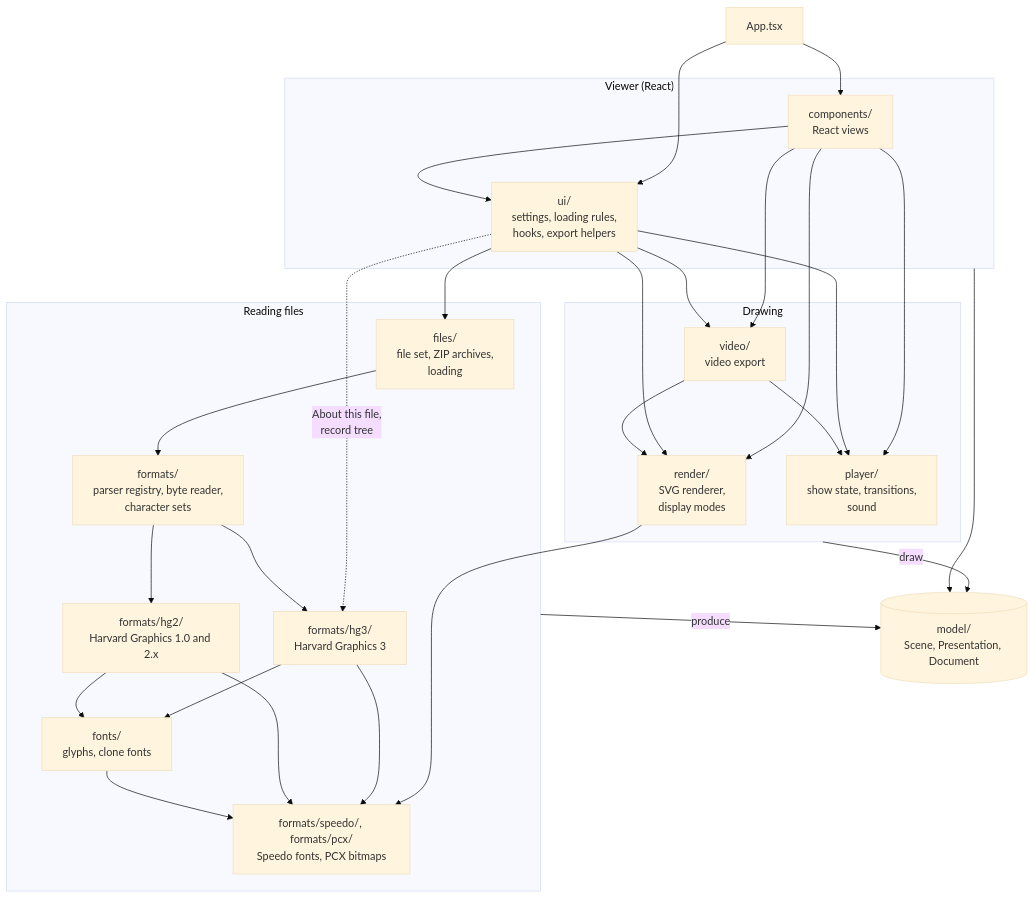
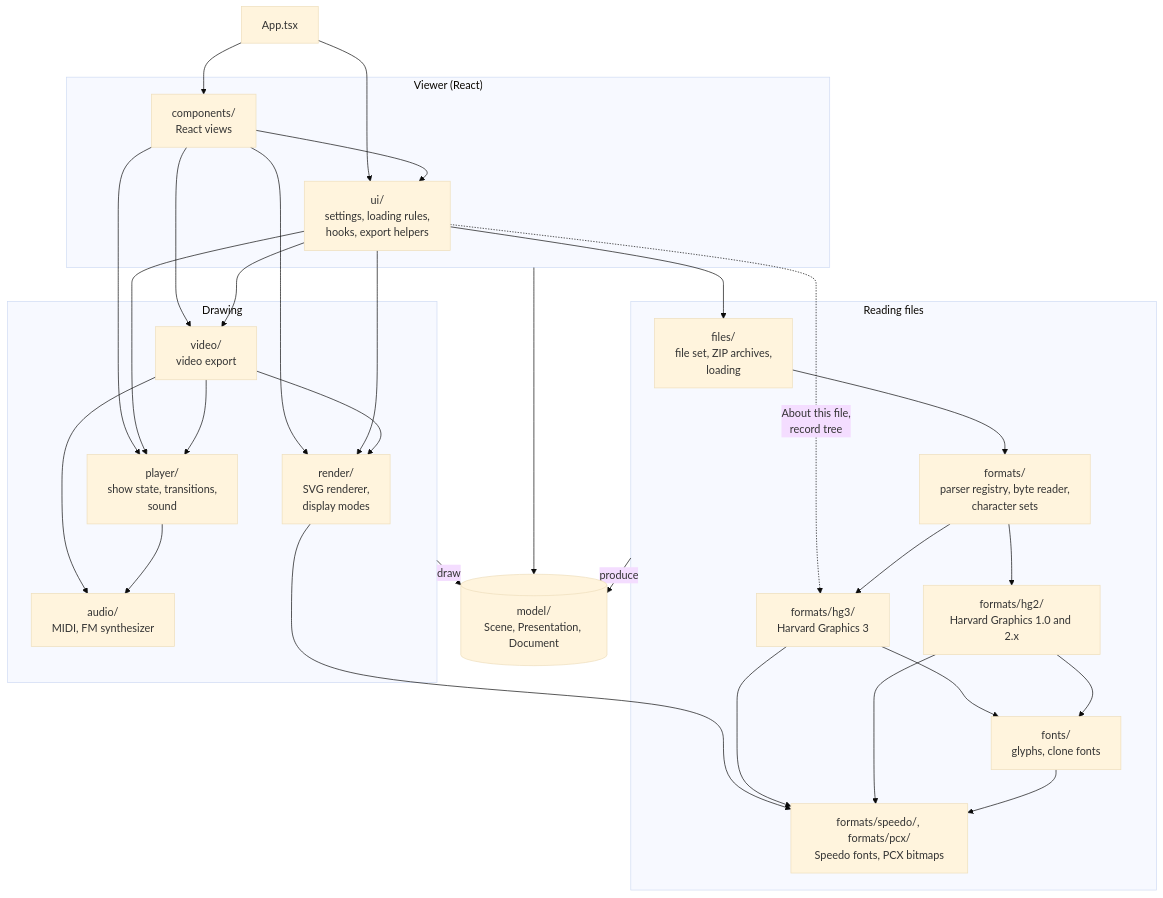
One commit to unamanic/harvard-web-viewer changed the diagram in README.md. Above: the diagram before and after it, drawn with Mermaid (base theme). The commit also changed other lines of this file and 26 other files, not shown here.

First line of the commit message:
Play MIDI through an FM synthesizer in shows and video export

````diff
--- a/README.md
+++ b/README.md
@@ -97,53 +97,56 @@
 ```mermaid
 flowchart TB
   App["App.tsx"]
 
   subgraph viewer["Viewer (React)"]
     components["components/<br/>React views"]
     ui["ui/<br/>settings, loading rules,<br/>hooks, export helpers"]
   end
 
   subgraph drawing["Drawing"]
     render["render/<br/>SVG renderer,<br/>display modes"]
     player["player/<br/>show state, transitions,<br/>sound"]
     video["video/<br/>video export"]
+    audio["audio/<br/>MIDI, FM synthesizer"]
   end
 
   subgraph reading["Reading files"]
     files["files/<br/>file set, ZIP archives,<br/>loading"]
     registry["formats/<br/>parser registry, byte reader,<br/>character sets"]
     hg3["formats/hg3/<br/>Harvard Graphics 3"]
     hg2["formats/hg2/<br/>Harvard Graphics 1.0 and 2.x"]
     fonts["fonts/<br/>glyphs, clone fonts"]
     decoders["formats/speedo/, formats/pcx/<br/>Speedo fonts, PCX bitmaps"]
   end
 
   model[("model/<br/>Scene, Presentation, Document")]
 
   App --> components
   App --> ui
   components --> ui
   components --> render
   components --> player
   components --> video
   ui --> files
   ui --> render
   ui --> player
   ui --> video
   ui -. "About this file,<br/>record tree" .-> hg3
   video --> player
   video --> render
+  video --> audio
+  player --> audio
   render --> decoders
   files --> registry
   registry --> hg3
   registry --> hg2
   hg3 --> fonts
   hg2 --> fonts
   hg3 --> decoders
   hg2 --> decoders
   fonts --> decoders
 
   reading -- "produce" --> model
   drawing -- "draw" --> model
   viewer --> model
 ```
````
